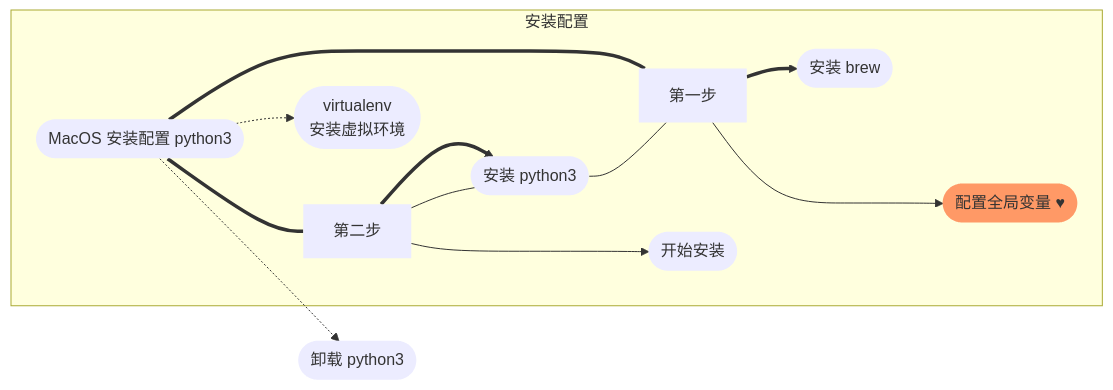
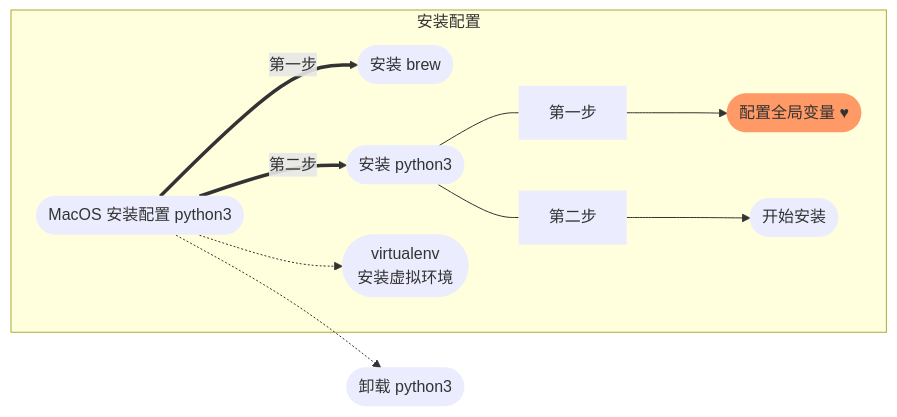
One commit to yangtudou/yangtudou changed the diagram in MacOS安装配置python3.md. Above: the diagram before and after it, drawn with Mermaid.

````diff
--- a/MacOS安装配置python3.md
+++ b/MacOS安装配置python3.md
@@ -10,16 +10,16 @@
 ```mermaid
 flowchart LR
     %% 定义全局的样式
     classDef default stroke-width:0px;
     classDef important fill:#f96;
     %% 结束
     A([MacOS 安装配置 python3])
     subgraph 安装配置
-    A === 第一步 ==> B([安装 brew])
-    A === 第二步 ==> C([安装 python3])
+    A == 第一步 ==> B([安装 brew])
+    A == 第二步 ==> C([安装 python3])
     C --- 第一步 --->C1(["配置全局变量 #9829;"]):::important
     C --- 第二步 --->C2([开始安装])
     A -.-> D([" virtualenv\n安装虚拟环境"])
     end
     A -.-> E([卸载 python3])
 ```
````
